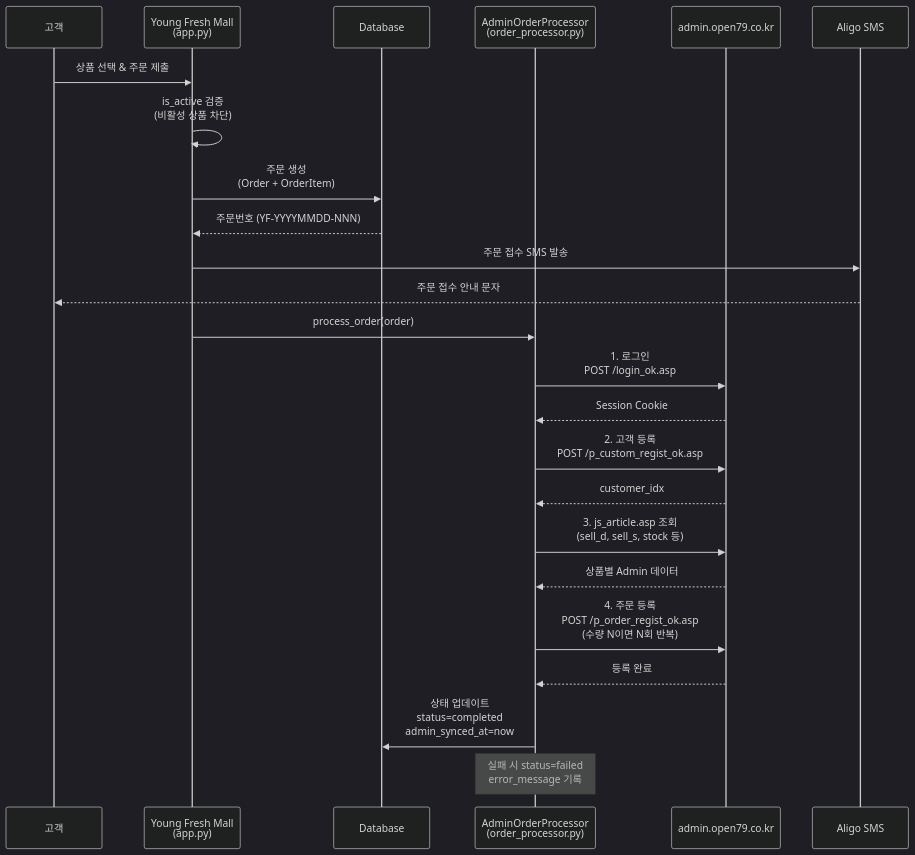
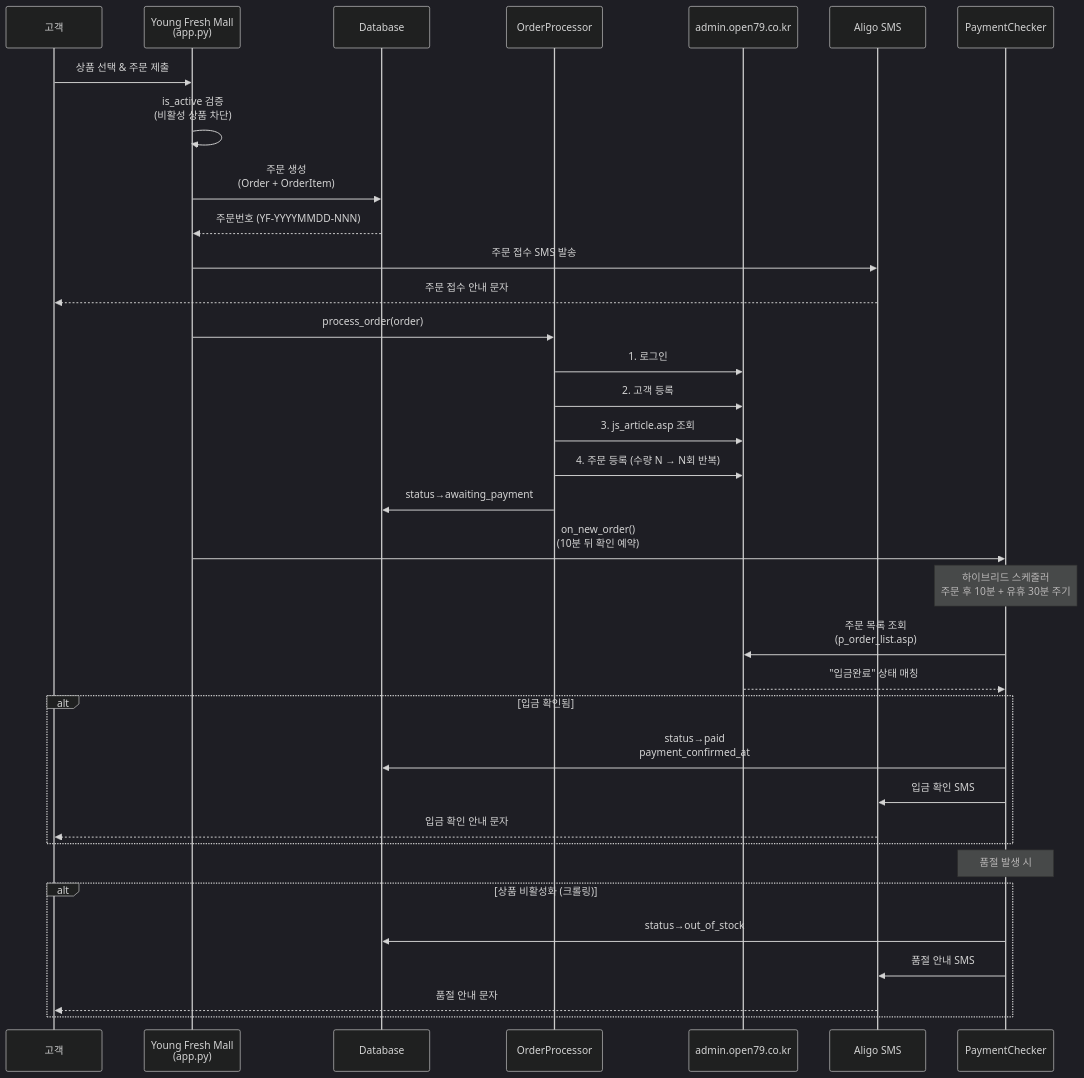
The fourth of 7 diagrams in PROJECT_DOCUMENTATION.md (Yejinius/Fruits_final), drawn with Mermaid (dark theme) before and after one commit. The commit also changed other lines of this file, not shown here.

First line of the commit message:
docs: PROJECT_DOCUMENTATION.md 전면 업데이트

````diff
--- a/PROJECT_DOCUMENTATION.md
+++ b/PROJECT_DOCUMENTATION.md
@@ -226,35 +207,45 @@
 ```mermaid
 sequenceDiagram
     participant CUST as 고객
     participant MALL as Young Fresh Mall<br/>(app.py)
     participant DB as Database
-    participant PROC as AdminOrderProcessor<br/>(order_processor.py)
+    participant PROC as OrderProcessor
     participant ADMIN as admin.open79.co.kr
     participant SMS as Aligo SMS
+    participant PAYCHK as PaymentChecker
 
     CUST->>MALL: 상품 선택 & 주문 제출
     MALL->>MALL: is_active 검증<br/>(비활성 상품 차단)
     MALL->>DB: 주문 생성<br/>(Order + OrderItem)
     DB-->>MALL: 주문번호 (YF-YYYYMMDD-NNN)
 
     MALL->>SMS: 주문 접수 SMS 발송
     SMS-->>CUST: 주문 접수 안내 문자
 
     MALL->>PROC: process_order(order)
+    PROC->>ADMIN: 1. 로그인
+    PROC->>ADMIN: 2. 고객 등록
+    PROC->>ADMIN: 3. js_article.asp 조회
+    PROC->>ADMIN: 4. 주문 등록 (수량 N → N회 반복)
+    PROC->>DB: status→awaiting_payment
 
-    PROC->>ADMIN: 1. 로그인<br/>POST /login_ok.asp
-    ADMIN-->>PROC: Session Cookie
+    MALL->>PAYCHK: on_new_order()<br/>(10분 뒤 확인 예약)
 
-    PROC->>ADMIN: 2. 고객 등록<br/>POST /p_custom_regist_ok.asp
-    ADMIN-->>PROC: customer_idx
+    Note over PAYCHK: 하이브리드 스케줄러<br/>주문 후 10분 + 유휴 30분 주기
 
-    PROC->>ADMIN: 3. js_article.asp 조회<br/>(sell_d, sell_s, stock 등)
-    ADMIN-->>PROC: 상품별 Admin 데이터
+    PAYCHK->>ADMIN: 주문 목록 조회<br/>(p_order_list.asp)
+    ADMIN-->>PAYCHK: "입금완료" 상태 매칭
 
-    PROC->>ADMIN: 4. 주문 등록<br/>POST /p_order_regist_ok.asp<br/>(수량 N이면 N회 반복)
-    ADMIN-->>PROC: 등록 완료
+    alt 입금 확인됨
+        PAYCHK->>DB: status→paid<br/>payment_confirmed_at
+        PAYCHK->>SMS: 입금 확인 SMS
+        SMS-->>CUST: 입금 확인 안내 문자
+    end
 
-    PROC->>DB: 상태 업데이트<br/>status=completed<br/>admin_synced_at=now
-
-    Note over PROC: 실패 시 status=failed<br/>error_message 기록
+    Note over PAYCHK: 품절 발생 시
+    alt 상품 비활성화 (크롤링)
+        PAYCHK->>DB: status→out_of_stock
+        PAYCHK->>SMS: 품절 안내 SMS
+        SMS-->>CUST: 품절 안내 문자
+    end
 ```
````
